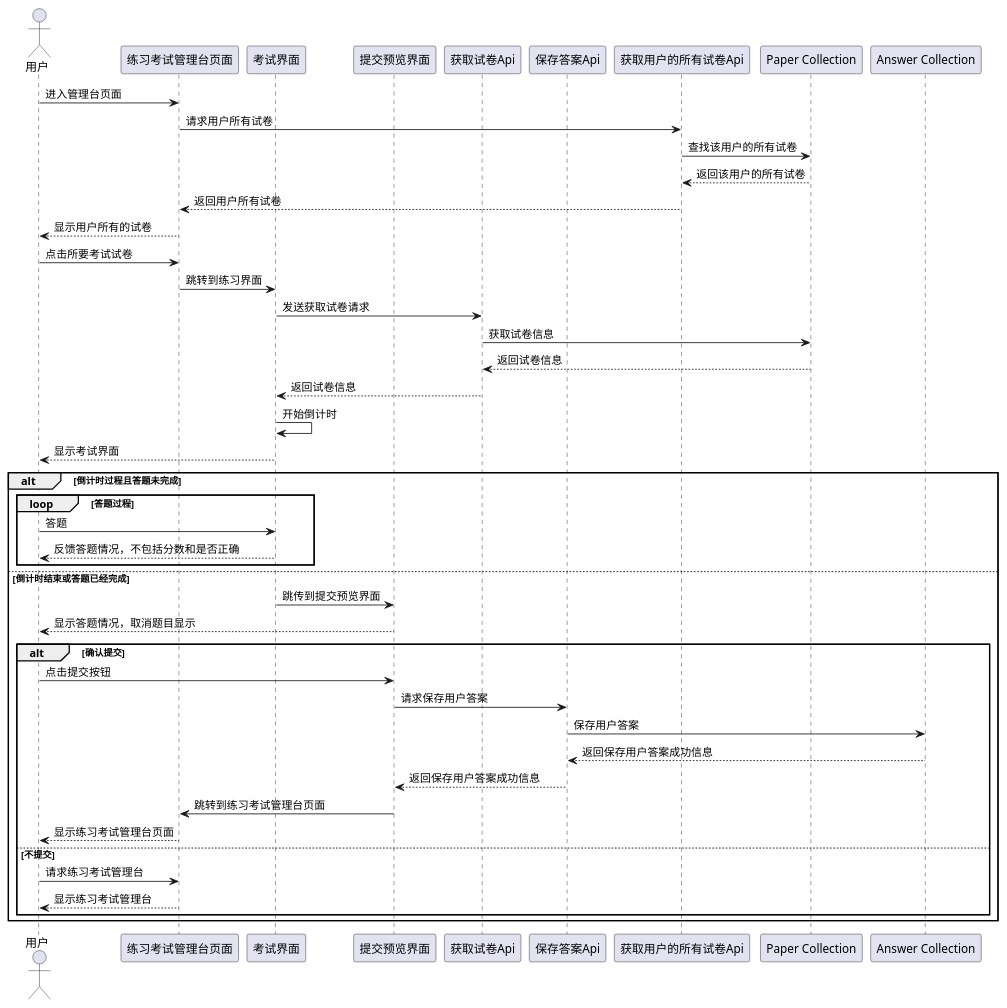
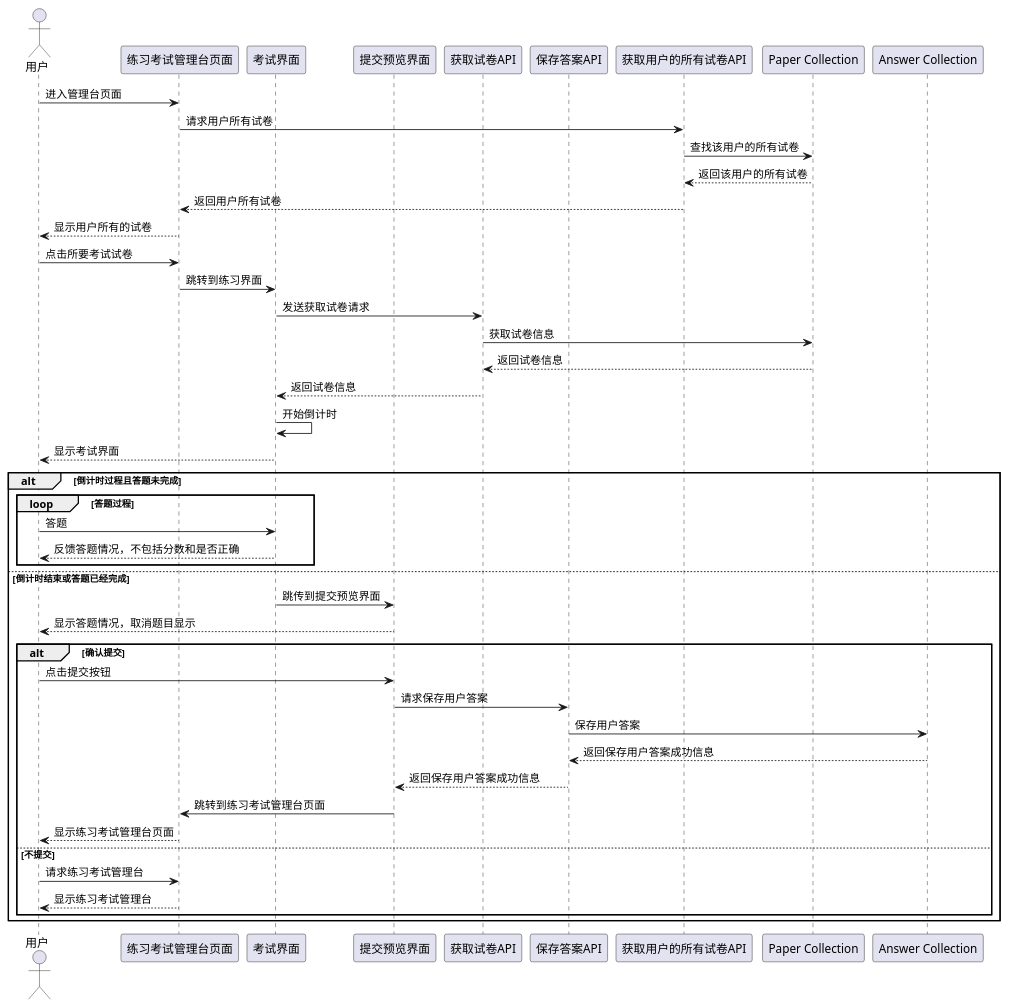
One commit to ringoyungpo/cetutor-doc changed diagram 12 of 15 in cetutor.md. Above: the diagram before and after it, drawn with PlantUML. The commit also changed other lines of this file, not shown here.

````diff
--- a/cetutor.md
+++ b/cetutor.md
@@ -713,48 +714,48 @@
 ```puml
 actor 用户 as A
 participant "练习考试管理台页面" as B
 participant "考试界面" as C
 participant "提交预览界面" as G
-participant "获取试卷Api" as D
-participant "保存答案Api" as H
-participant "获取用户的所有试卷Api" as E
+participant "获取试卷API" as D
+participant "保存答案API" as H
+participant "获取用户的所有试卷API" as E
 participant "Paper Collection" as F
 participant "Answer Collection" as I
 
 A -> B: 进入管理台页面
 B -> E: 请求用户所有试卷
 E -> F: 查找该用户的所有试卷
 E <-- F: 返回该用户的所有试卷
 B <-- E: 返回用户所有试卷
 A <-- B: 显示用户所有的试卷
 
 A -> B: 点击所要考试试卷
 B -> C: 跳转到练习界面
 C -> D: 发送获取试卷请求
 D -> F: 获取试卷信息
 D <-- F: 返回试卷信息
 C <-- D: 返回试卷信息
 C -> C: 开始倒计时
 A <-- C: 显示考试界面
 alt 倒计时过程且答题未完成
 	loop 答题过程
 		A -> C: 答题
 		A <-- C: 反馈答题情况，不包括分数和是否正确
 	end
 else 倒计时结束或答题已经完成
 C -> G: 跳传到提交预览界面
 A <-- G: 显示答题情况，取消题目显示
 	alt 确认提交
 		A -> G: 点击提交按钮
 		G -> H: 请求保存用户答案
 		H -> I: 保存用户答案
 		H <-- I: 返回保存用户答案成功信息
 		G <-- H: 返回保存用户答案成功信息
 		G -> B: 跳转到练习考试管理台页面
 		A <-- B: 显示练习考试管理台页面
 	else 不提交
 		A -> B: 请求练习考试管理台
 		A <-- B: 显示练习考试管理台
 	end
 end
 ```
````
